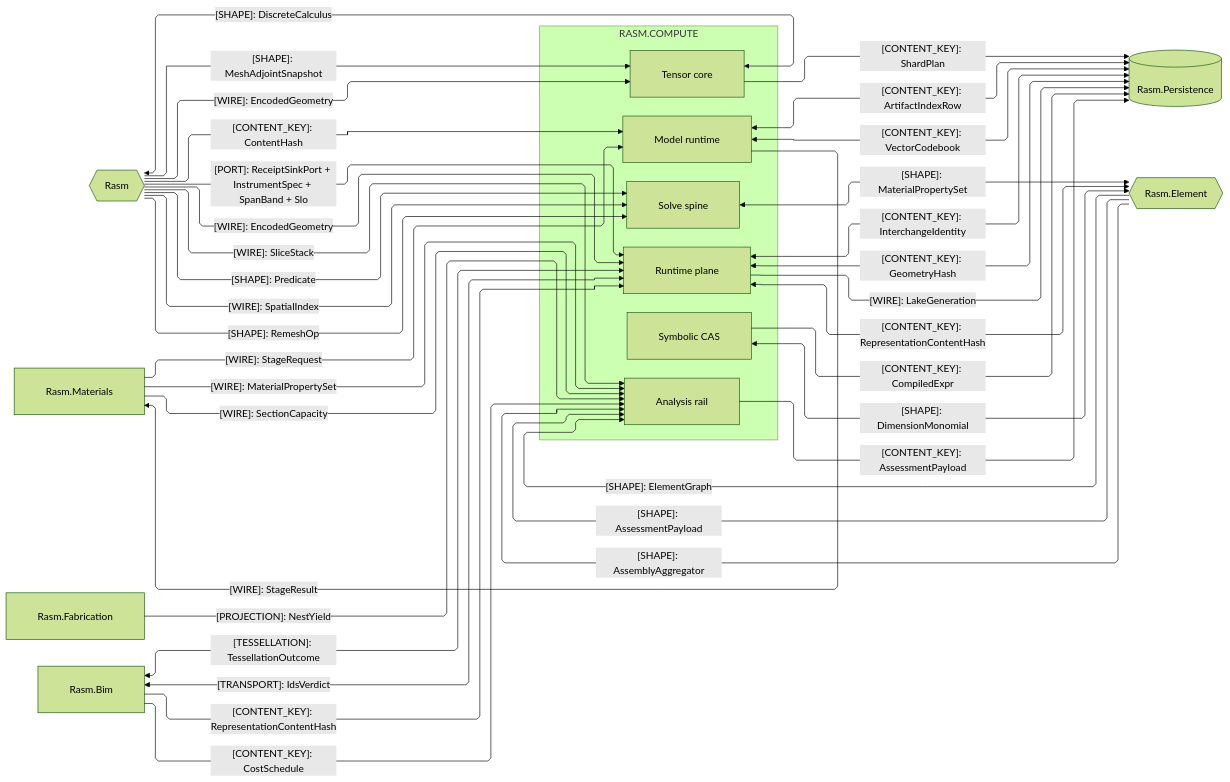
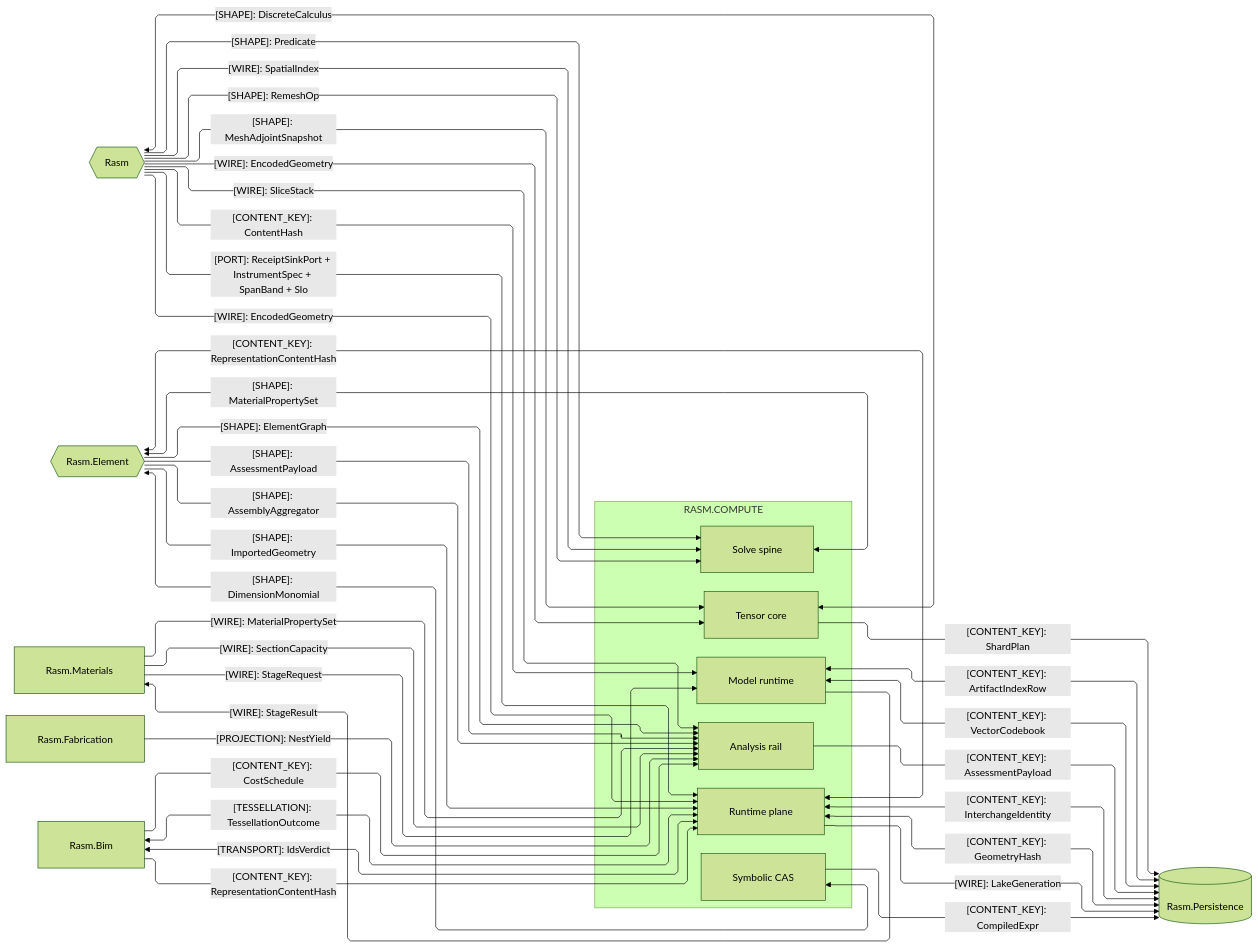
One commit to bsamiee/Rasm changed the second of 4 diagrams in libs/csharp/Rasm.Compute/ARCHITECTURE.md. Above: the diagram before and after it, drawn with Mermaid (forest theme). The commit also changed other lines of this file and 236 other files, not shown here.

````diff
--- a/libs/csharp/Rasm.Compute/ARCHITECTURE.md
+++ b/libs/csharp/Rasm.Compute/ARCHITECTURE.md
@@ -132,59 +132,60 @@
 ```mermaid
 ---
 config:
   layout: elk
   flowchart:
     curve: linear
     padding: 25
 ---
 flowchart LR
     accTitle: Compute AEC-domain and storage seams
     accDescr: Compute sub-domain owners exchanging content keys, neutral shapes, wires, projections, transport, and tessellation with the kernel, the Element/Materials/Bim/Fabrication AEC peers, and the persistence store, one edge per contract family labeled by kind and shared shape.
     subgraph compute[RASM.COMPUTE]
         Model[Model runtime]
         Tensor[Tensor core]
         Solver[Solve spine]
         Symbolic[Symbolic CAS]
         Analysis[Analysis rail]
         Runtime[Runtime plane]
     end
     Rasm{{Rasm}}
     Persistence[(Rasm.Persistence)]
     Element{{Rasm.Element}}
     Materials[Rasm.Materials]
     Fabrication[Rasm.Fabrication]
     Bim[Rasm.Bim]
     Rasm e1@-->|"[CONTENT_KEY]: ContentHash"| Model
     Rasm e22@-->|"[PORT]: ReceiptSinkPort + InstrumentSpec + SpanBand + Slo"| Runtime
     Rasm e2@-->|"[SHAPE]: Predicate"| Solver
     Tensor e3@<-->|"[SHAPE]: DiscreteCalculus"| Rasm
     Rasm e4@-->|"[WIRE]: SliceStack"| Analysis
     Rasm e18@-->|"[SHAPE]: MeshAdjointSnapshot"| Tensor
     Rasm e19@-->|"[WIRE]: SpatialIndex"| Solver
     Rasm e20@-->|"[SHAPE]: RemeshOp"| Solver
     Rasm e21@-->|"[WIRE]: EncodedGeometry"| Tensor
     Model e15@<-->|"[CONTENT_KEY]: ArtifactIndexRow"| Persistence
     Model e27@<-->|"[CONTENT_KEY]: VectorCodebook"| Persistence
     Tensor e16@-->|"[CONTENT_KEY]: ShardPlan"| Persistence
     Symbolic e14@-->|"[CONTENT_KEY]: CompiledExpr"| Persistence
     Analysis e13@-->|"[CONTENT_KEY]: AssessmentPayload"| Persistence
     Runtime e17@<-->|"[CONTENT_KEY]: InterchangeIdentity"| Persistence
     Runtime e28@<-->|"[CONTENT_KEY]: GeometryHash"| Persistence
     Runtime e29@-->|"[WIRE]: LakeGeneration"| Persistence
     Rasm e30@-->|"[WIRE]: EncodedGeometry"| Runtime
     Solver e8@<-->|"[SHAPE]: MaterialPropertySet"| Element
     Symbolic e7@<-->|"[SHAPE]: DimensionMonomial"| Element
     Element e5@-->|"[SHAPE]: ElementGraph"| Analysis
     Element e22@-->|"[SHAPE]: AssessmentPayload"| Analysis
     Runtime e6@<-->|"[CONTENT_KEY]: RepresentationContentHash"| Element
+    Element e33@-->|"[SHAPE]: ImportedGeometry"| Runtime
     Element e10@-->|"[SHAPE]: AssemblyAggregator"| Analysis
     Materials e9@-->|"[WIRE]: MaterialPropertySet"| Analysis
     Materials e23@-->|"[WIRE]: SectionCapacity"| Analysis
     Materials e31@-->|"[WIRE]: StageRequest"| Model
     Model e32@-->|"[WIRE]: StageResult"| Materials
     Fabrication e12@-->|"[PROJECTION]: NestYield"| Analysis
     Bim e11@<-->|"[TESSELLATION]: TessellationOutcome"| Runtime
     Bim e24@<-->|"[TRANSPORT]: IdsVerdict"| Runtime
     Bim e25@-->|"[CONTENT_KEY]: RepresentationContentHash"| Runtime
     Bim e26@-->|"[CONTENT_KEY]: CostSchedule"| Analysis
 ```
````
